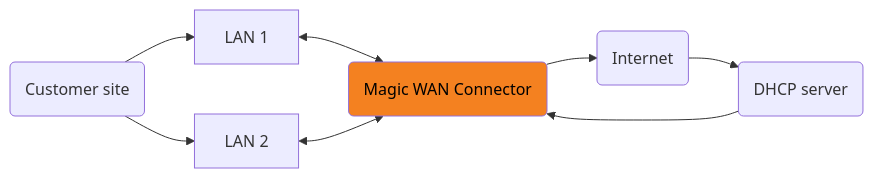
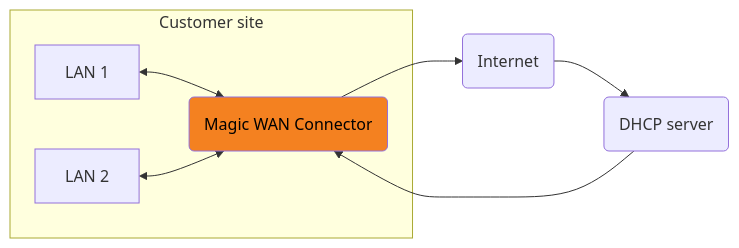
One commit to cloudflare/cloudflare-docs changed the diagram in content/magic-wan/configuration/connector/network-options/dhcp/dhcp-relay.md. Above: the diagram before and after it, drawn with Mermaid. The commit also changed 1 other file, not shown here.

Commit message:
refined graph

````diff
--- a/content/magic-wan/configuration/connector/network-options/dhcp/dhcp-relay.md
+++ b/content/magic-wan/configuration/connector/network-options/dhcp/dhcp-relay.md
@@ -10,11 +10,14 @@
 ```mermaid
 flowchart LR
 accTitle: An example of Connector in DHCP Relay mode
     a(Magic WAN Connector) --> b(Internet) --> c(DHCP server)
+
+    subgraph Customer site
     d[LAN 1] <--> a
     e[LAN 2] <--> a
-    f(Customer site) --> d & e
+    end
+
     c --> a
     classDef orange fill:#f48120,color: black
     class a orange
 ```
````
